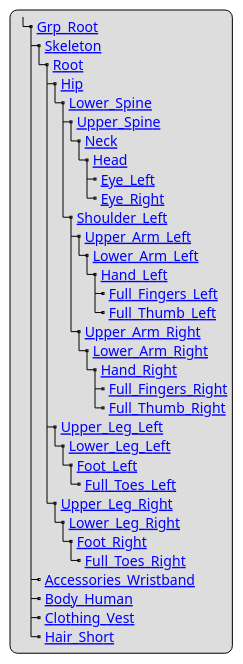
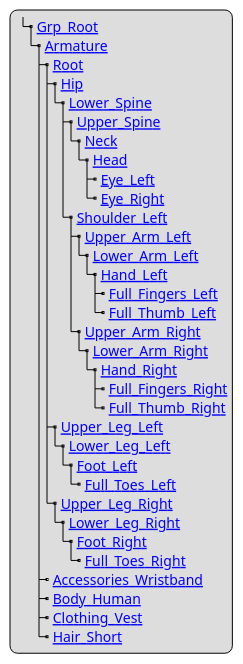
One commit to asam-ev/OpenMATERIAL changed the diagram in content/geometry/object-human/human-structure.adoc. Above: the diagram before and after it, drawn with PlantUML. The commit also changed other lines of this file, not shown here.

Commit message:
Corrected node hierarchy and renamed "Skeleton" to "Armature". Added a short description for the "Armature".

```diff
--- a/content/geometry/object-human/human-structure.adoc
+++ b/content/geometry/object-human/human-structure.adoc
@@ -5,38 +5,38 @@
 [plantuml]
 ----
 legend
 |_ [[../geometry/object-classes.html#_grp_root Grp_Root]]
-  |_ [[../geometry/object-classes.html#_skeleton Skeleton]]
+  |_ [[../geometry/object-classes.html#_armature Armature]]
     |_ [[../geometry/object-classes.html#_root Root]]
       |_ [[../geometry/object-classes.html#_hip Hip]]
         |_ [[../geometry/object-classes.html#_lower_spine Lower_Spine]]
           |_ [[../geometry/object-classes.html#_upper_spine Upper_Spine]]
             |_ [[../geometry/object-classes.html#_neck Neck]]
               |_ [[../geometry/object-classes.html#_head Head]]
                 |_ [[../geometry/object-classes.html#_eye_left Eye_Left]]
                 |_ [[../geometry/object-classes.html#_eye_right Eye_Right]]
           |_ [[../geometry/object-classes.html#_shoulder_left Shoulder_Left]]
             |_ [[../geometry/object-classes.html#_upper_arm_left Upper_Arm_Left]]
               |_ [[../geometry/object-classes.html#_lower_arm_left Lower_Arm_Left]]
                 |_ [[../geometry/object-classes.html#_hand_left Hand_Left]]
                   |_ [[../geometry/object-classes.html#_full_lingers_left Full_Fingers_Left]]
                   |_ [[../geometry/object-classes.html#_full_thumb_left Full_Thumb_Left]]
             |_ [[../geometry/object-classes.html#_upper_arm_right Upper_Arm_Right]]
               |_ [[../geometry/object-classes.html#_lower_arm_right Lower_Arm_Right]]
                 |_ [[../geometry/object-classes.html#_hand_right Hand_Right]]
                   |_ [[../geometry/object-classes.html#_full_fingers_right Full_Fingers_Right]]
                   |_ [[../geometry/object-classes.html#_full_thumb_right Full_Thumb_Right]]
       |_ [[../geometry/object-classes.html#_upper_leg_left Upper_Leg_Left]]
         |_ [[../geometry/object-classes.html#_lower_leg_left Lower_Leg_Left]]
           |_ [[../geometry/object-classes.html#_foot_left Foot_Left]]
             |_ [[../geometry/object-classes.html#_full_toes_left Full_Toes_Left]]
       |_ [[../geometry/object-classes.html#_upper_leg_right Upper_Leg_Right]]
         |_ [[../geometry/object-classes.html#_lower_leg_right Lower_Leg_Right]]
           |_ [[../geometry/object-classes.html#_foot_right Foot_Right]]
             |_ [[../geometry/object-classes.html#_full_toes_right Full_Toes_Right]]
-  |_ [[../geometry/object-classes.html#_accessories Accessories_Wristband]]
-  |_ [[../geometry/object-classes.html#_body Body_Human]]
-  |_ [[../geometry/object-classes.html#_clothing Clothing_Vest]]
-  |_ [[../geometry/object-classes.html#_hair Hair_Short]]
+    |_ [[../geometry/object-classes.html#_accessories Accessories_Wristband]]
+    |_ [[../geometry/object-classes.html#_body Body_Human]]
+    |_ [[../geometry/object-classes.html#_clothing Clothing_Vest]]
+    |_ [[../geometry/object-classes.html#_hair Hair_Short]]
 end legend
 ----
```
